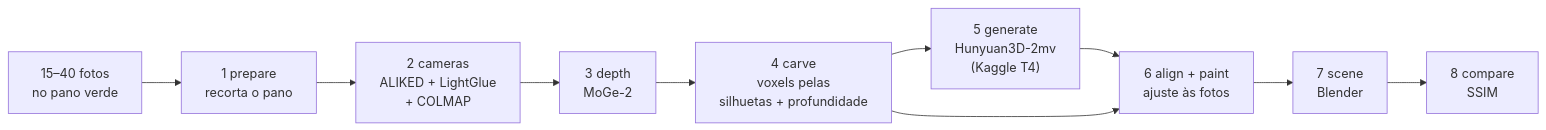
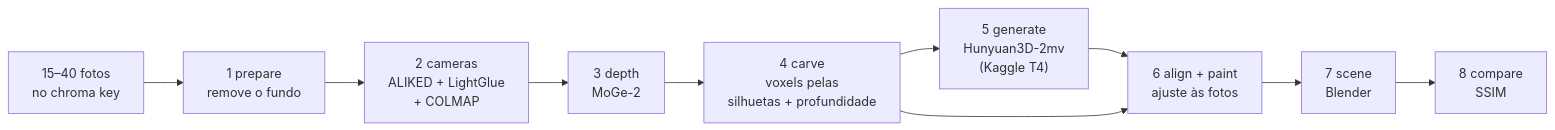
One commit to escudero/twinlens changed the diagram in README.pt-BR.md. Above: the diagram before and after it, drawn with Mermaid. The commit also changed other lines of this file and 2 other files, not shown here.

Commit message:
README: say chroma key instead of green cloth

````diff
--- a/README.pt-BR.md
+++ b/README.pt-BR.md
@@ -35,12 +35,12 @@
 ```mermaid
 flowchart LR
-    P["15–40 fotos<br/>no pano verde"] --> K["1 prepare<br/>recorta o pano"]
+    P["15–40 fotos<br/>no chroma key"] --> K["1 prepare<br/>remove o fundo"]
     K --> C["2 cameras<br/>ALIKED + LightGlue<br/>+ COLMAP"]
     C --> D["3 depth<br/>MoGe-2"]
     D --> V["4 carve<br/>voxels pelas<br/>silhuetas + profundidade"]
     V --> G["5 generate<br/>Hunyuan3D-2mv<br/>(Kaggle T4)"]
     G --> A["6 align + paint<br/>ajuste às fotos"]
     V --> A
     A --> S["7 scene<br/>Blender"]
     S --> X["8 compare<br/>SSIM"]
 ```
````
